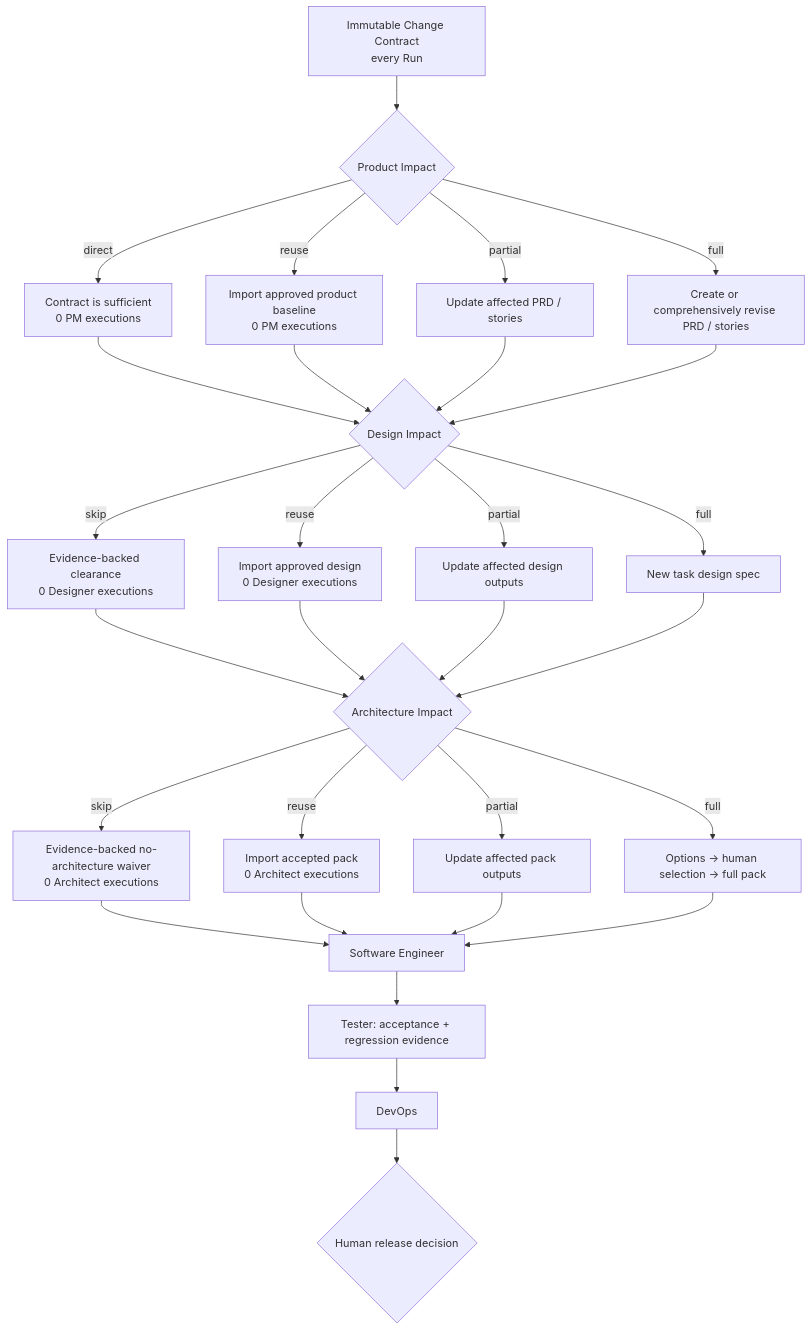
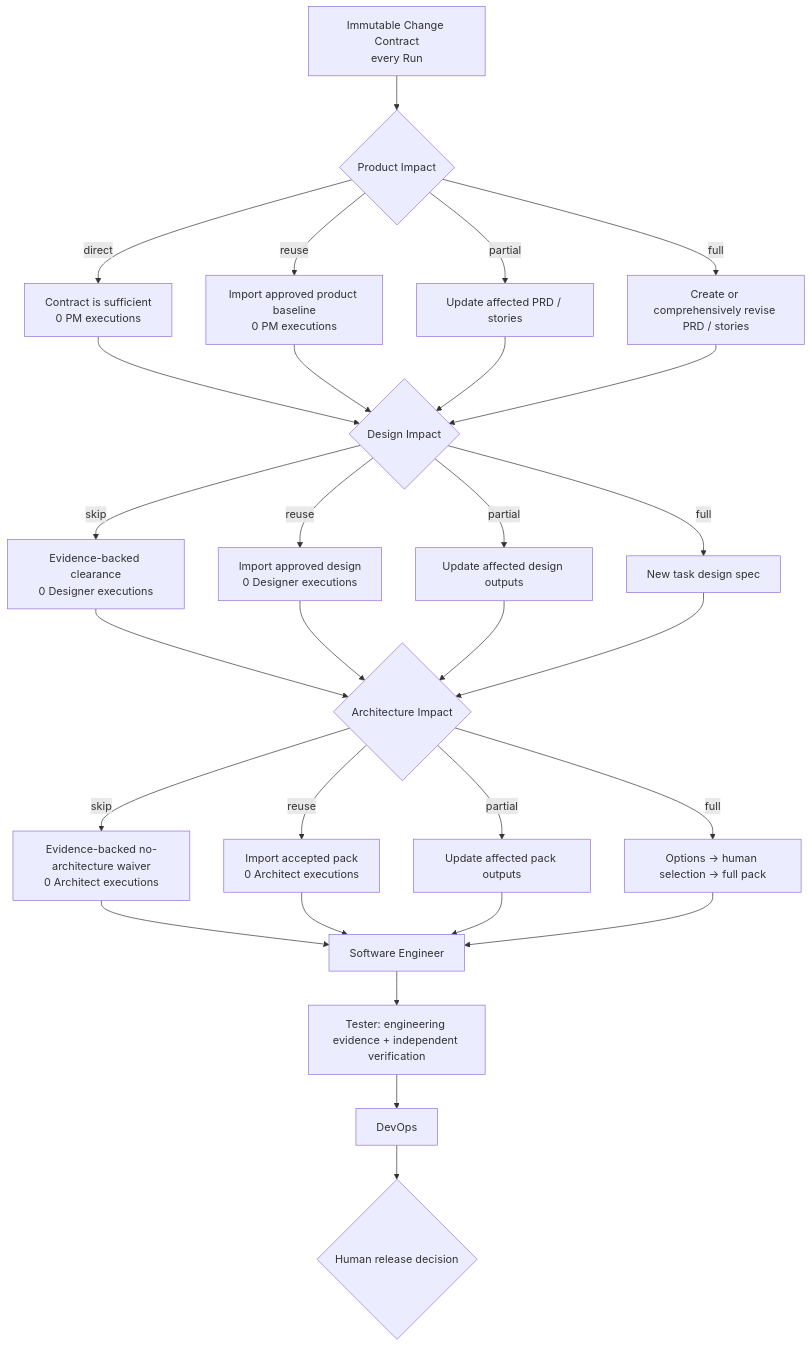
Before and after one commit to davych/agents-instruction: the first of 3 diagrams in guidelines/workflow/README.md, drawn with Mermaid. The commit also changed other lines of this file and 148 other files, not shown here.

````diff
--- a/guidelines/workflow/README.md
+++ b/guidelines/workflow/README.md
@@ -7,34 +7,34 @@
 ```mermaid
 flowchart TD
   Contract["Immutable Change Contract<br/>every Run"] --> Product{"Product Impact"}
   Product -->|"direct"| ProductClear["Contract is sufficient<br/>0 PM executions"]
   Product -->|"reuse"| ProductReuse["Import approved product baseline<br/>0 PM executions"]
   Product -->|"partial"| ProductPartial["Update affected PRD / stories"]
   Product -->|"full"| ProductFull["Create or comprehensively revise PRD / stories"]
 
   ProductClear --> Design{"Design Impact"}
   ProductReuse --> Design
   ProductPartial --> Design
   ProductFull --> Design
   Design -->|"skip"| DesignSkip["Evidence-backed clearance<br/>0 Designer executions"]
   Design -->|"reuse"| DesignReuse["Import approved design<br/>0 Designer executions"]
   Design -->|"partial"| DesignPartial["Update affected design outputs"]
   Design -->|"full"| DesignFull["New task design spec"]
 
   DesignSkip --> Architecture{"Architecture Impact"}
   DesignReuse --> Architecture
   DesignPartial --> Architecture
   DesignFull --> Architecture
   Architecture -->|"skip"| ArchSkip["Evidence-backed no-architecture waiver<br/>0 Architect executions"]
   Architecture -->|"reuse"| ArchReuse["Import accepted pack<br/>0 Architect executions"]
   Architecture -->|"partial"| ArchPartial["Update affected pack outputs"]
   Architecture -->|"full"| ArchFull["Options → human selection → full pack"]
 
   ArchSkip --> Engineer["Software Engineer"]
   ArchReuse --> Engineer["Software Engineer"]
   ArchPartial --> Engineer
   ArchFull --> Engineer
-  Engineer --> Tester["Tester: acceptance + regression evidence"]
+  Engineer --> Tester["Tester: engineering evidence + independent verification"]
   Tester --> DevOps["DevOps"]
   DevOps --> ReleaseDecision{"Human release decision"}
 ```
````
